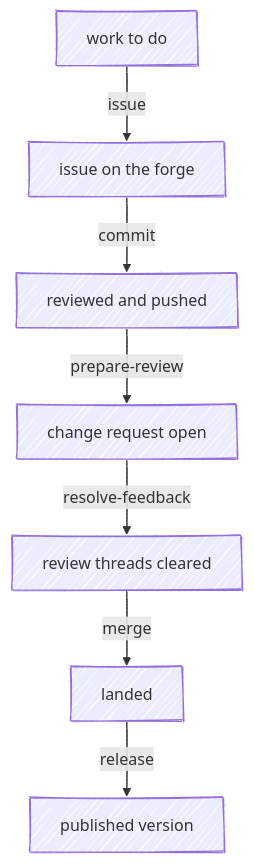
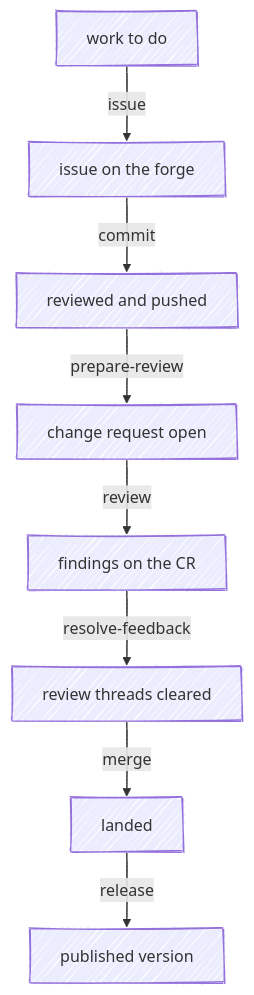
The diagram in docs/README.md (chris-peterson/anchor), drawn with Mermaid before and after one commit. The commit also changed other lines of this file and 26 other files, not shown here.

````diff
--- a/docs/README.md
+++ b/docs/README.md
@@ -9,10 +9,11 @@
 ```mermaid
 %%{ init: { 'look': 'handDrawn' } }%%
 flowchart TD
     Need["work to do"] -->|issue| Filed["issue on the forge"]
     Filed -->|commit| Pushed["reviewed and pushed"]
     Pushed -->|prepare-review| Open["change request open"]
-    Open -->|resolve-feedback| Cleared["review threads cleared"]
+    Open -->|review| Reviewed["findings on the CR"]
+    Reviewed -->|resolve-feedback| Cleared["review threads cleared"]
     Cleared -->|merge| Landed["landed"]
     Landed -->|release| Shipped["published version"]
 ```
````
